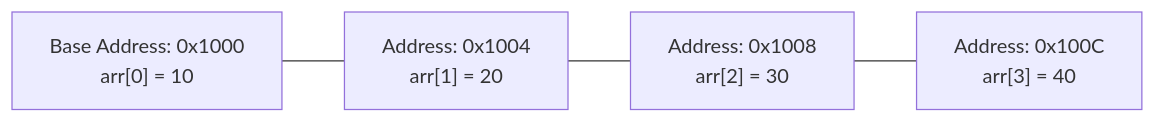
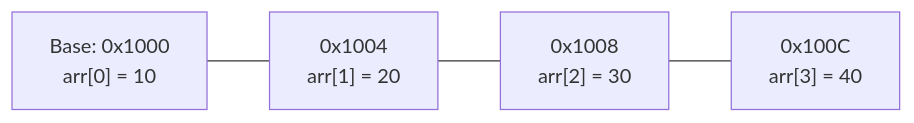
Before and after one commit to MiniLux0/LearningCpp: the diagram in 04_ArraysStrings/theory/L27_ArrayBasics.md, drawn with Mermaid. The commit also changed other lines of this file and 97 other files, not shown here.

````diff
--- a/04_ArraysStrings/theory/L27_ArrayBasics.md
+++ b/04_ArraysStrings/theory/L27_ArrayBasics.md
@@ -30,6 +31,6 @@
 ```mermaid
 graph LR
-    Base["Base Address: 0x1000<br/>arr[0] = 10"] --- E1["Address: 0x1004<br/>arr[1] = 20"]
-    E1 --- E2["Address: 0x1008<br/>arr[2] = 30"]
-    E2 --- E3["Address: 0x100C<br/>arr[3] = 40"]
+    Base["Base: 0x1000<br/>arr[0] = 10"] --- E1["0x1004<br/>arr[1] = 20"]
+    E1 --- E2["0x1008<br/>arr[2] = 30"]
+    E2 --- E3["0x100C<br/>arr[3] = 40"]
 ```
````
